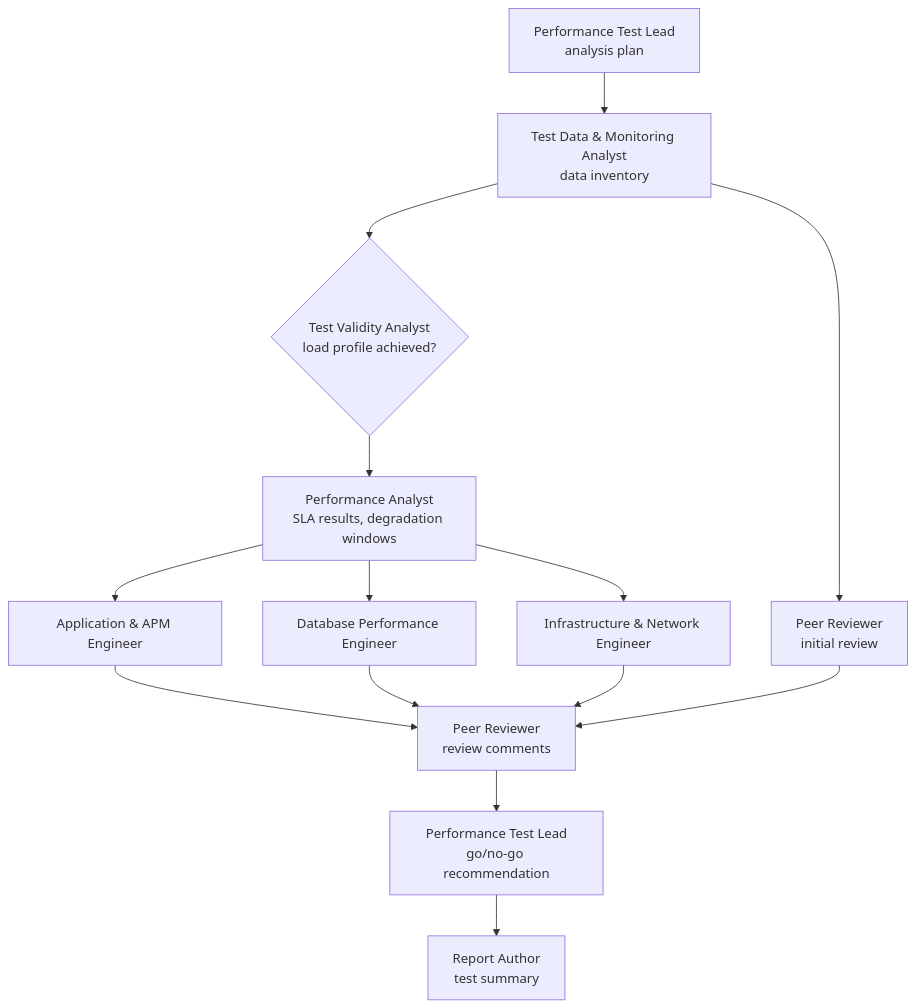
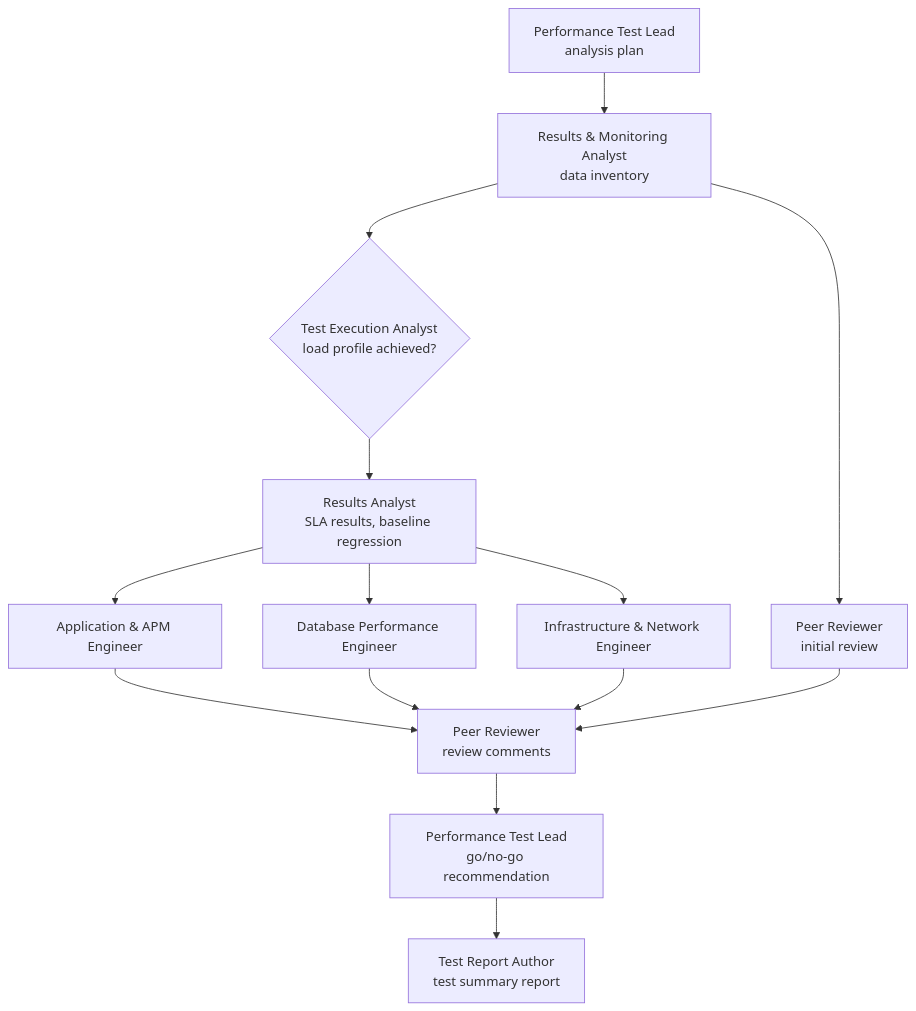
The diagram in agents/README.md (craiglabrie-lab/performance-evidence-lab), drawn with Mermaid before and after one commit. The commit also changed other lines of this file and 78 other files, not shown here.

````diff
--- a/agents/README.md
+++ b/agents/README.md
@@ -21,16 +21,16 @@
 ```mermaid
 flowchart TD
-    Lead1["Performance Test Lead<br/>analysis plan"] --> Data["Test Data & Monitoring Analyst<br/>data inventory"]
-    Data --> Validity{"Test Validity Analyst<br/>load profile achieved?"}
+    Lead1["Performance Test Lead<br/>analysis plan"] --> Data["Results & Monitoring Analyst<br/>data inventory"]
+    Data --> Validity{"Test Execution Analyst<br/>load profile achieved?"}
     Data --> PR1["Peer Reviewer<br/>initial review"]
-    Validity --> Analyst["Performance Analyst<br/>SLA results, degradation windows"]
+    Validity --> Analyst["Results Analyst<br/>SLA results, baseline regression"]
     Analyst --> App["Application & APM Engineer"]
     Analyst --> DB["Database Performance Engineer"]
     Analyst --> Infra["Infrastructure & Network Engineer"]
     App --> PR2["Peer Reviewer<br/>review comments"]
     DB --> PR2
     Infra --> PR2
     PR1 --> PR2
     PR2 --> Lead2["Performance Test Lead<br/>go/no-go recommendation"]
-    Lead2 --> Author["Report Author<br/>test summary"]
+    Lead2 --> Author["Test Report Author<br/>test summary report"]
 ```
````
